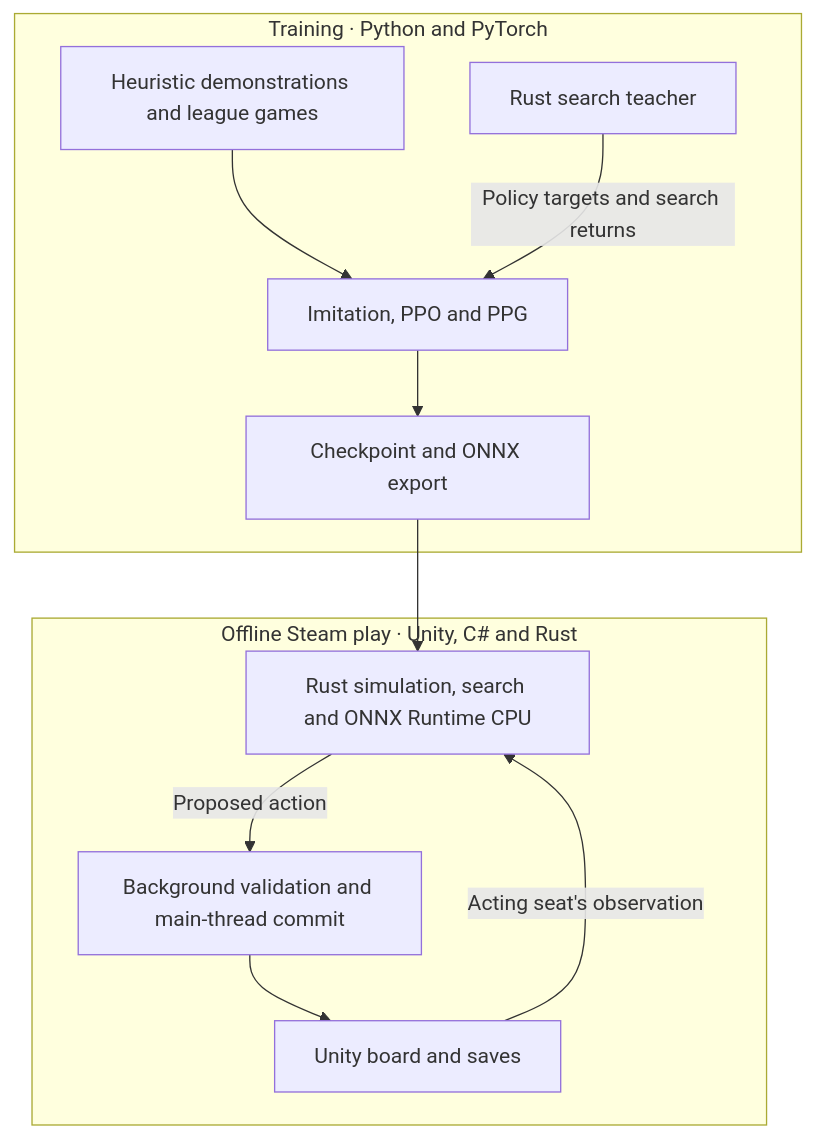
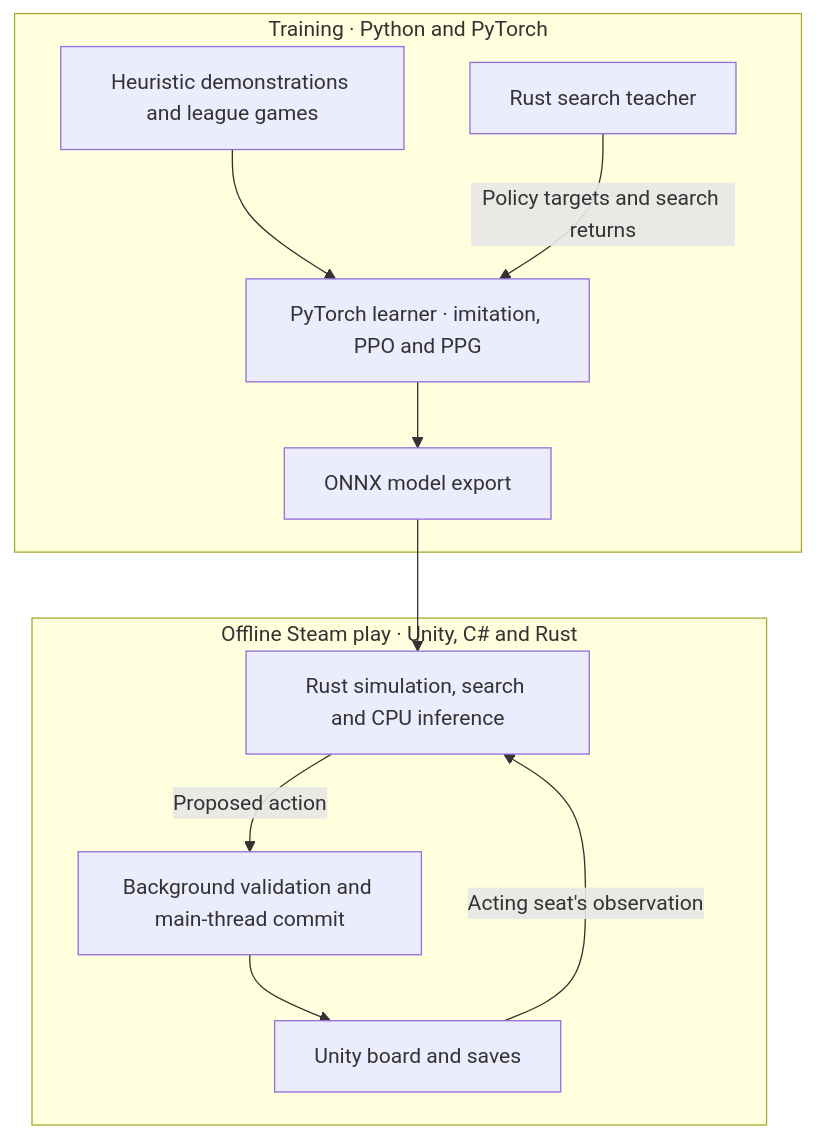
Before and after one commit to riverside234/brass-birmingham-ai: the diagram in README.md, drawn with Mermaid. The commit also changed other lines of this file, not shown here.

````diff
--- a/README.md
+++ b/README.md
@@ -12,14 +11,14 @@
 ```mermaid
 flowchart TB
     subgraph Lab["Training · Python and PyTorch"]
-        D["Heuristic demonstrations and league games"] --> P["Imitation, PPO and PPG"]
+        D["Heuristic demonstrations and league games"] --> P["PyTorch learner · imitation, PPO and PPG"]
         T["Rust search teacher"] -->|Policy targets and search returns| P
-        P --> M["Checkpoint and ONNX export"]
+        P --> M["ONNX model export"]
     end
     subgraph Game["Offline Steam play · Unity, C# and Rust"]
-        U["Unity board and saves"] -->|Acting seat's observation| R["Rust simulation, search and ONNX Runtime CPU"]
+        U["Unity board and saves"] -->|Acting seat's observation| R["Rust simulation, search and CPU inference"]
         R -->|Proposed action| V["Background validation and main-thread commit"]
         V --> U
     end
     M --> R
 ```
````
